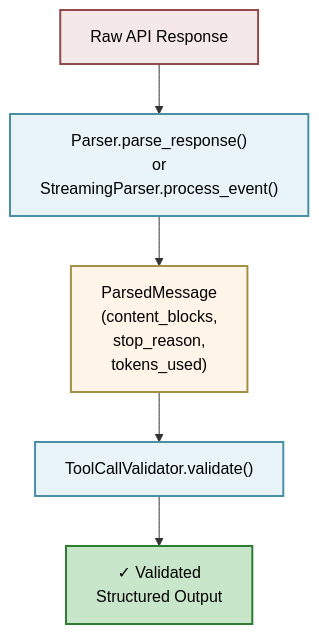
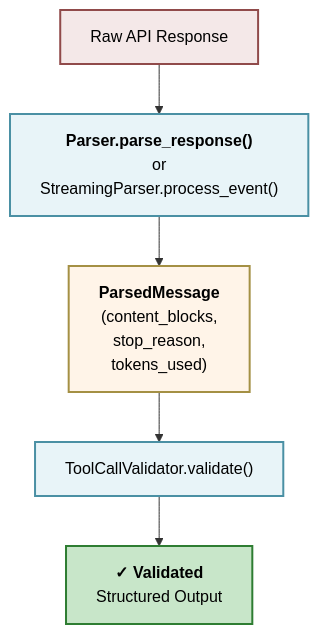
Before and after one commit to yeasy/harness_engineering_guide: the second of 6 diagrams in 07_model_integration/summary.md, drawn with Mermaid. The commit also changed other lines of this file and 26 other files, not shown here.

Commit message:
Add bold titles to Mermaid diagram nodes

````diff
--- a/07_model_integration/summary.md
+++ b/07_model_integration/summary.md
@@ -59,13 +59,13 @@
 ```mermaid
 graph TD
-    A["Raw API Response"] --> B["Parser.parse_response()<br/>or<br/>StreamingParser.process_event()"]
-    B --> C["ParsedMessage<br/>(content_blocks,<br/>stop_reason,<br/>tokens_used)"]
+    A["Raw API Response"] --> B["<b>Parser.parse_response()</b><br/>or<br/>StreamingParser.process_event()"]
+    B --> C["<b>ParsedMessage</b><br/>(content_blocks,<br/>stop_reason,<br/>tokens_used)"]
     C --> D["ToolCallValidator.validate()"]
-    D --> E["✓ Validated<br/>Structured Output"]
+    D --> E["<b>✓ Validated</b><br/>Structured Output"]
 
     style A fill:#f4e8e8,stroke:#904a4a,stroke-width:2px,color:#000000
     style B fill:#e8f4f8,stroke:#4a90a4,stroke-width:2px,color:#000000
     style C fill:#fff4e8,stroke:#a49044,stroke-width:2px,color:#000000
     style D fill:#e8f4f8,stroke:#4a90a4,stroke-width:2px,color:#000000
     style E fill:#c8e6c9,stroke:#2e7d32,stroke-width:2px,color:#000000
 ```
````
